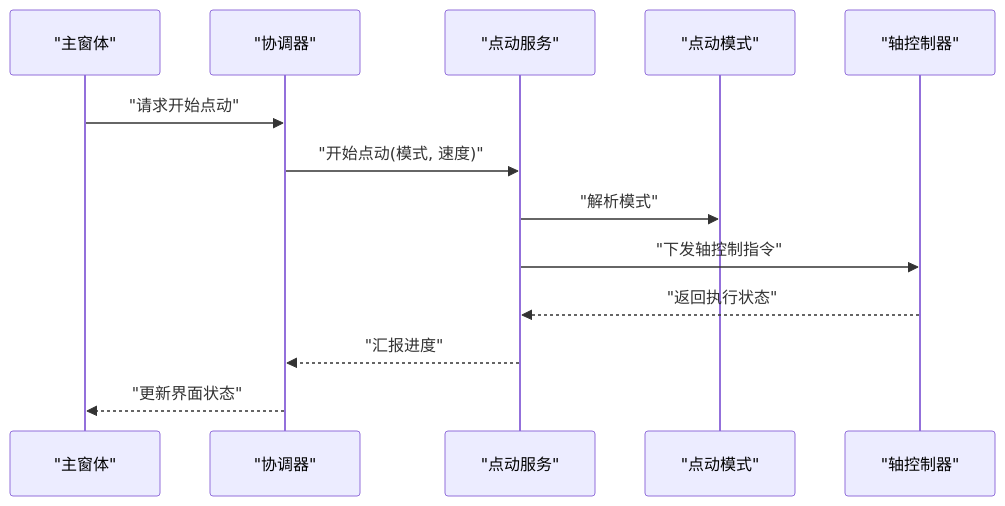
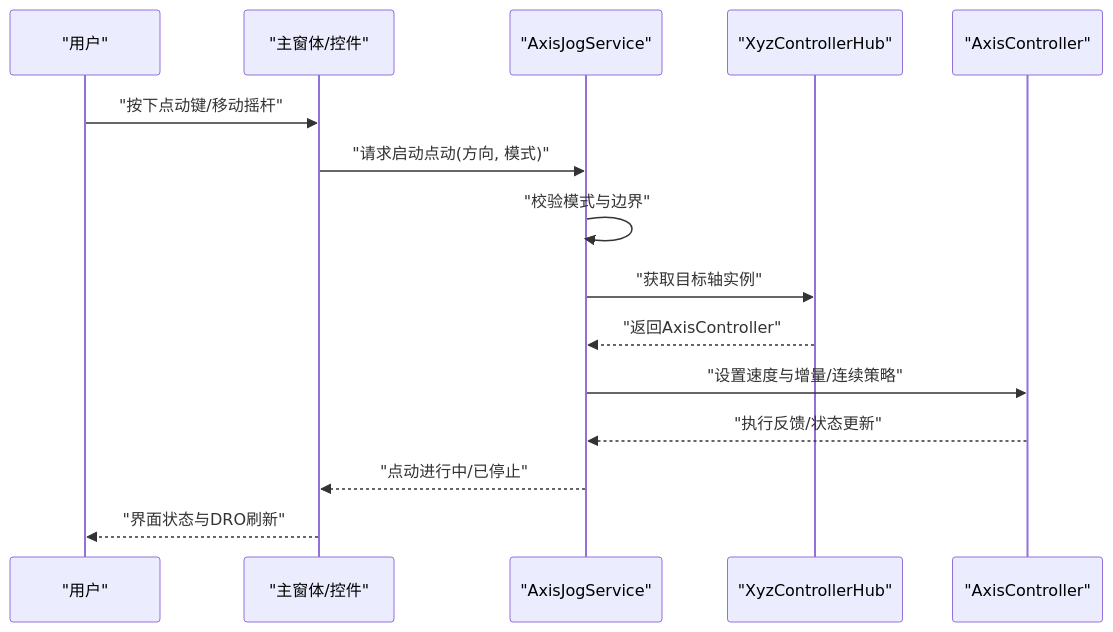
The fourth of 7 diagrams in .qoder/repowiki/zh/content/项目概述.md (fuweiq94-cloud/3399180760), drawn with Mermaid before and after one commit. The commit also changed other lines of this file and 94 other files, not shown here.

First line of the commit message:
docs(api): 添加完整 XyzController API 接口文档

````diff
--- a/.qoder/repowiki/zh/content/项目概述.md
+++ b/.qoder/repowiki/zh/content/项目概述.md
@@ -260,15 +225,17 @@
 ```mermaid
 sequenceDiagram
-participant UI as "主窗体"
-participant Hub as "协调器"
-participant Jog as "点动服务"
-participant Mode as "点动模式"
-participant Axis as "轴控制器"
-UI->>Hub : "请求开始点动"
-Hub->>Jog : "开始点动(模式, 速度)"
-Jog->>Mode : "解析模式"
-Jog->>Axis : "下发轴控制指令"
-Axis-->>Jog : "返回执行状态"
-Jog-->>Hub : "汇报进度"
-Hub-->>UI : "更新界面状态"
+participant User as "用户"
+participant UI as "主窗体/控件"
+participant Jog as "AxisJogService"
+participant Hub as "XyzControllerHub"
+participant Axis as "AxisController"
+User->>UI : "按下点动键/移动摇杆"
+UI->>Jog : "请求启动点动(方向, 模式)"
+Jog->>Jog : "校验模式与边界"
+Jog->>Hub : "获取目标轴实例"
+Hub-->>Jog : "返回AxisController"
+Jog->>Axis : "设置速度与增量/连续策略"
+Axis-->>Jog : "执行反馈/状态更新"
+Jog-->>UI : "点动进行中/已停止"
+UI-->>User : "界面状态与DRO刷新"
 ```
````
